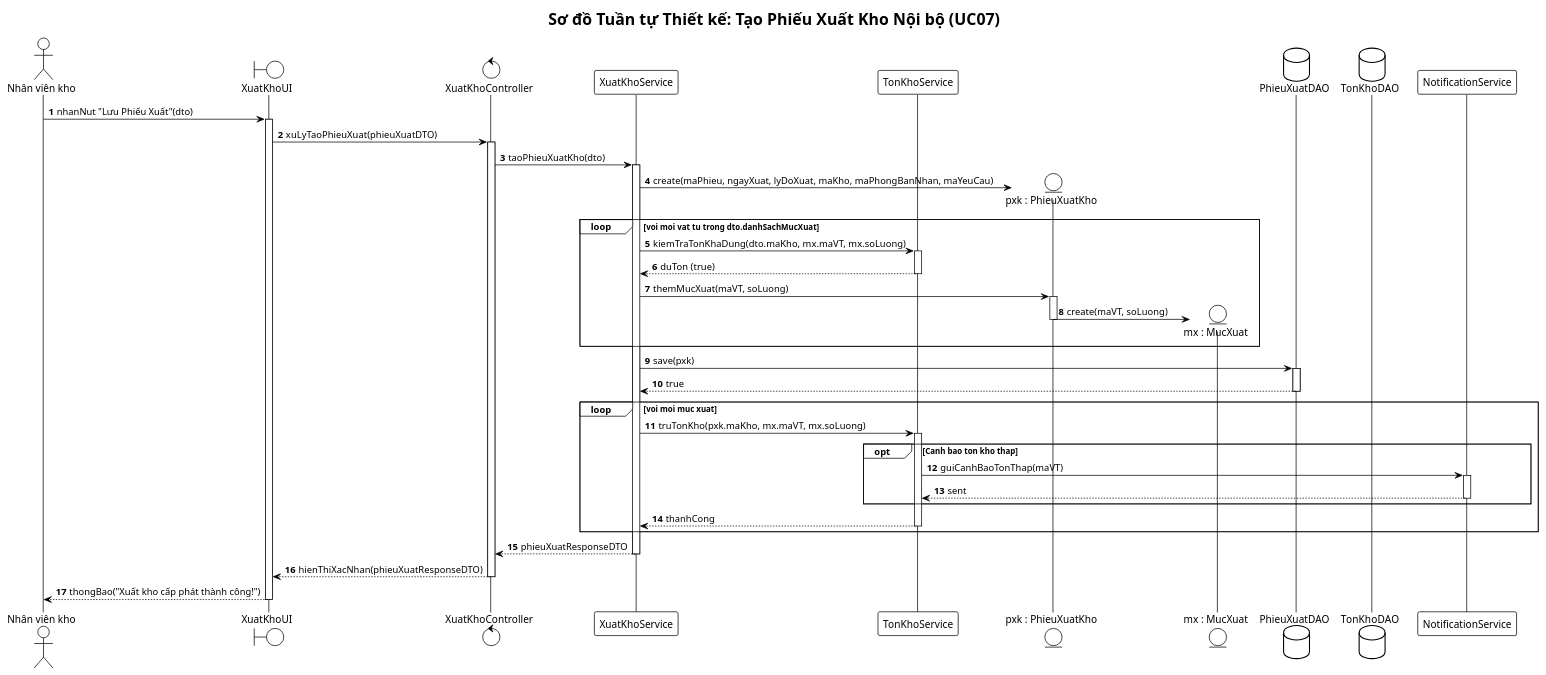
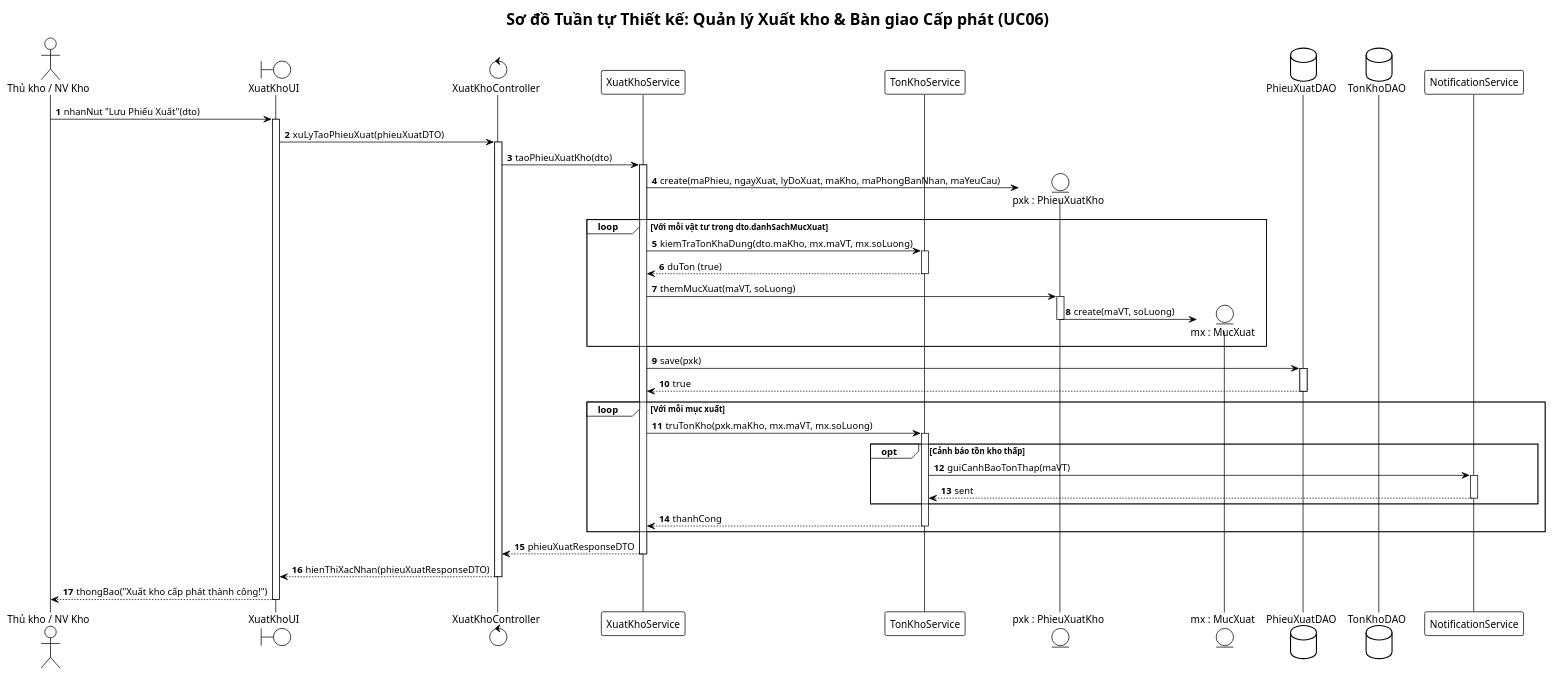
The second of 3 diagrams in BTL-QuanLyKhoHang/plantuml/sequence-diagrams.puml (vuhoabinh2416137/G8_Quanlysanphamvakhohang), drawn with PlantUML before and after one commit. The commit also changed other lines of this file and 26 other files, not shown here.

Commit message:
Chuan hoa 07 Use Case cot loi, cap nhat so do UML va tai lieu phan cong nhiem vu

```diff
--- a/BTL-QuanLyKhoHang/plantuml/sequence-diagrams.puml
+++ b/BTL-QuanLyKhoHang/plantuml/sequence-diagrams.puml
@@ -72,69 +72,69 @@
 @startuml sequence-xuat-kho
 !theme plain
 autonumber
 skinparam responseMessageBelowArrow true
 skinparam defaultFontName "Arial"
 
-title Sơ đồ Tuần tự Thiết kế: Tạo Phiếu Xuất Kho Nội bộ (UC07)
+title Sơ đồ Tuần tự Thiết kế: Quản lý Xuất kho & Bàn giao Cấp phát (UC06)
 
-actor "Nhân viên kho" as NV
+actor "Thủ kho / NV Kho" as NV
 boundary "XuatKhoUI" as UI
 control "XuatKhoController" as Ctrl
 participant "XuatKhoService" as Service
 participant "TonKhoService" as TKService
 entity "pxk : PhieuXuatKho" as PXK
 entity "mx : MucXuat" as MX
 database "PhieuXuatDAO" as PXDAO
 database "TonKhoDAO" as TKDAO
 participant "NotificationService" as NotifService
 
 NV -> UI: nhanNut "Lưu Phiếu Xuất"(dto)
 activate UI
 UI -> Ctrl: xuLyTaoPhieuXuat(phieuXuatDTO)
 activate Ctrl
 
 Ctrl -> Service: taoPhieuXuatKho(dto)
 activate Service
 
 Service -> PXK**: create(maPhieu, ngayXuat, lyDoXuat, maKho, maPhongBanNhan, maYeuCau)
 
-loop voi moi vat tu trong dto.danhSachMucXuat
+loop Với mỗi vật tư trong dto.danhSachMucXuat
     Service -> TKService: kiemTraTonKhaDung(dto.maKho, mx.maVT, mx.soLuong)
     activate TKService
     TKService --> Service: duTon (true)
     deactivate TKService
 
     Service -> PXK: themMucXuat(maVT, soLuong)
     activate PXK
     PXK -> MX**: create(maVT, soLuong)
     deactivate PXK
 end
 
 Service -> PXDAO: save(pxk)
 activate PXDAO
 PXDAO --> Service: true
 deactivate PXDAO
 
-' Trừ tồn kho
-loop voi moi muc xuat
+' Trừ tồn kho & Cảnh báo an toàn
+loop Với mỗi mục xuất
     Service -> TKService: truTonKho(pxk.maKho, mx.maVT, mx.soLuong)
     activate TKService
-    opt Canh bao ton kho thap
+    opt Cảnh báo tồn kho thấp
         TKService -> NotifService: guiCanhBaoTonThap(maVT)
         activate NotifService
         NotifService --> TKService: sent
         deactivate NotifService
     end
     TKService --> Service: thanhCong
     deactivate TKService
 end
 
 Service --> Ctrl: phieuXuatResponseDTO
 deactivate Service
 
 Ctrl --> UI: hienThiXacNhan(phieuXuatResponseDTO)
 deactivate Ctrl
 
 UI --> NV: thongBao("Xuất kho cấp phát thành công!")
 deactivate UI
 @enduml
```
